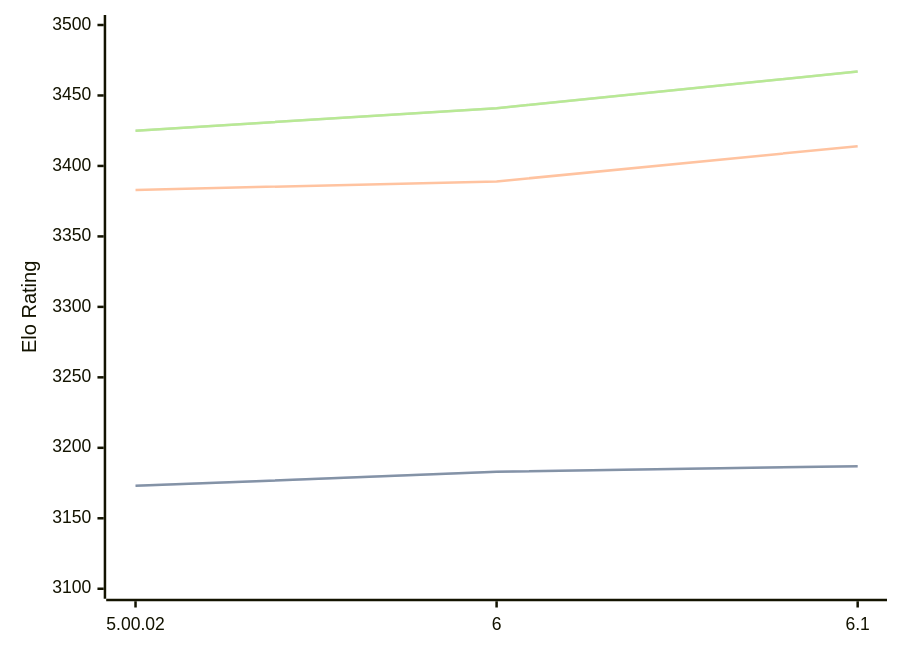
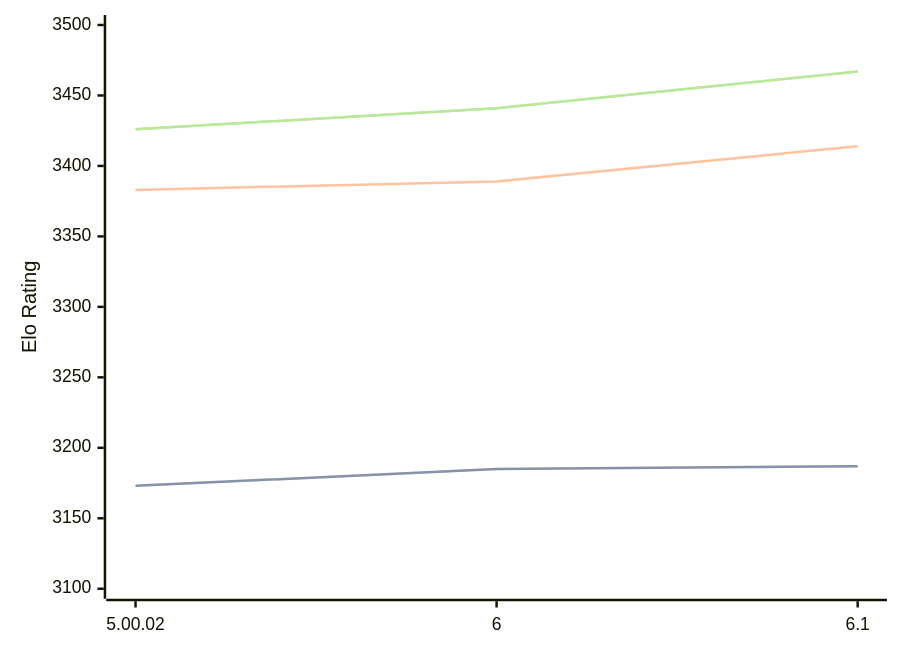
The diagram in engines/Zangdar.md (computer-chess-index/cci), drawn with Mermaid before and after one commit. The commit also changed other lines of this file, not shown here.

Commit message:
Update CCI Ratings (ELO VLTC) - 2026-02-19

````diff
--- a/engines/Zangdar.md
+++ b/engines/Zangdar.md
@@ -42,11 +42,11 @@
 ```mermaid
 %%{init: {"theme":"base","themeVariables":{"seriesColors:['#a3a3a3','#222221','#faa371']}}}%%
 xychart-beta
   x-axis ["5.00.02", "6", "6.1"]
   y-axis "Elo Rating" 3100 --> 3500
-  line "STC (8.0+0.08s)" [3173, 3183, 3187]
-  line "STC (8.0+0.08s)" [3173, 3183, 3187]
+  line "STC (8.0+0.08s)" [3173, 3185, 3187]
+  line "STC (8.0+0.08s)" [3173, 3185, 3187]
   line "LTC (60.0+0.60s)" [3383, 3389, 3414]
-  line "VLTC (2m24s+1.12s)" [3425, 3441, 3467]
-  line "VLTC (2m24s+1.12s)" [3425, 3441, 3467]
+  line "VLTC (2m24s+1.12s)" [3426, 3441, 3467]
+  line "VLTC (2m24s+1.12s)" [3426, 3441, 3467]
 ```
````
